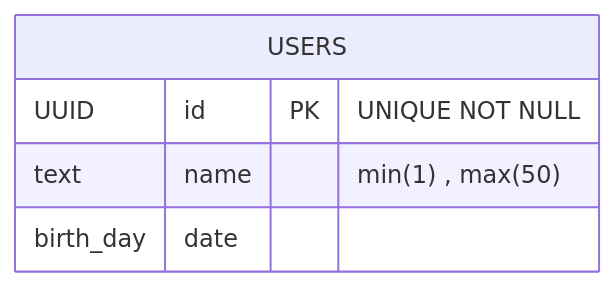
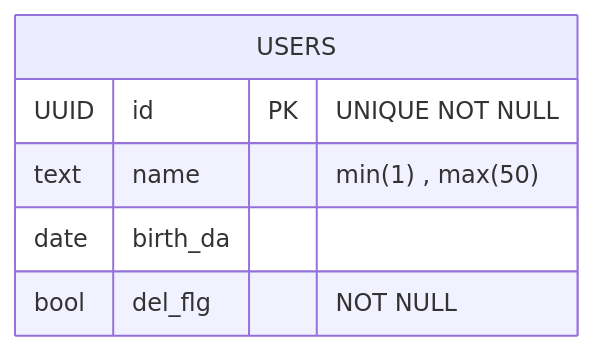
One commit to dandk105/webapp_study changed the diagram in docs/designdoc/アカウントについてのdesigndoc.md. Above: the diagram before and after it, drawn with Mermaid. The commit also changed other lines of this file and 2 other files, not shown here.

````diff
--- a/docs/designdoc/アカウントについてのdesigndoc.md
+++ b/docs/designdoc/アカウントについてのdesigndoc.md
@@ -33,9 +69,10 @@
 ```mermaid
 erDiagram
     USERS
     USERS {
         UUID id PK "UNIQUE NOT NULL "
         text name "min(1) , max(50)"
-        birth_day date
+        date birth_da
+        bool del_flg  "NOT NULL"
     }
 ```
````
